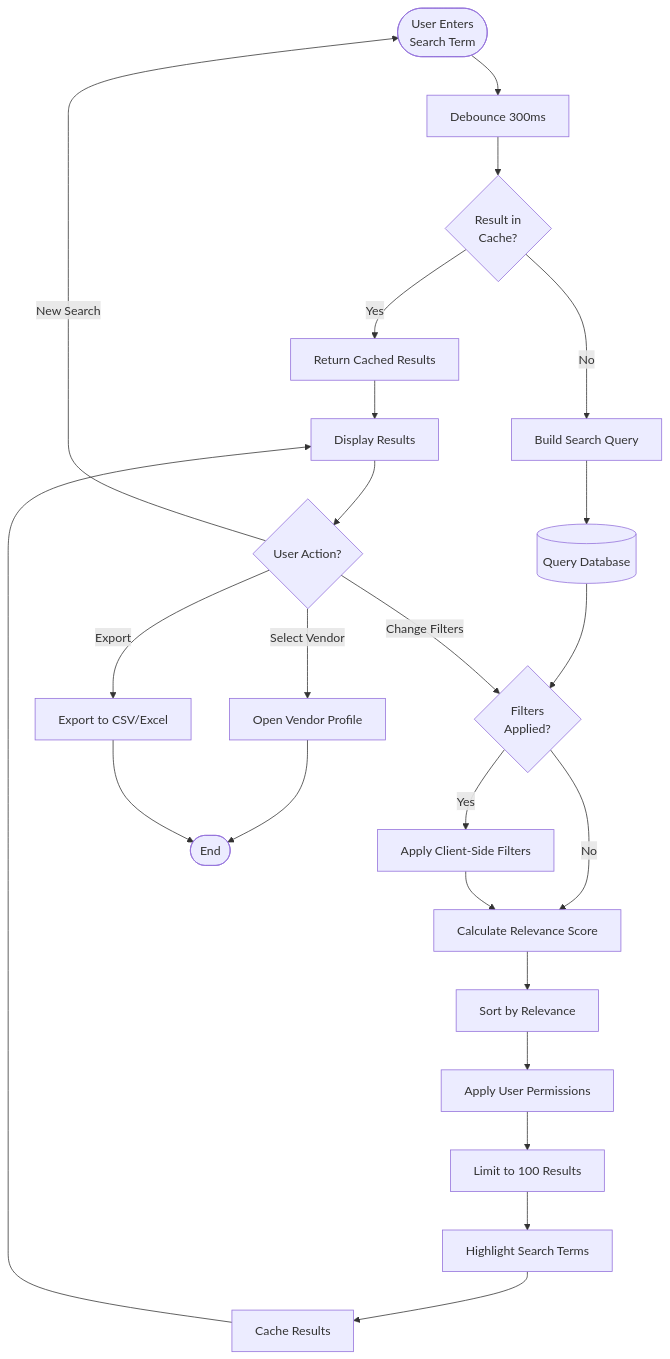
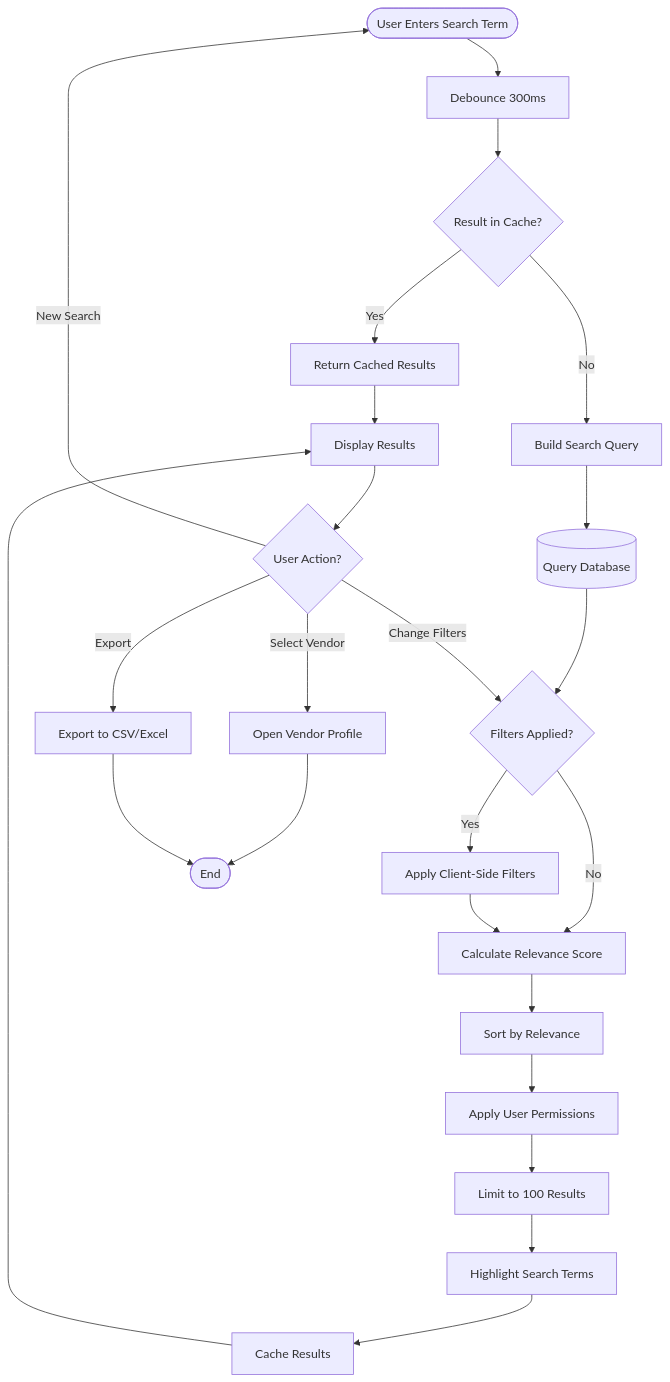
Before and after one commit to CarmenSoftware-organization/carmen: the eighth of 24 diagrams in docs/app/vendor-management/vendor-directory/FD-vendor-directory.md, drawn with Mermaid. The commit also changed other lines of this file and 1788 other files, not shown here.

````diff
--- a/docs/app/vendor-management/vendor-directory/FD-vendor-directory.md
+++ b/docs/app/vendor-management/vendor-directory/FD-vendor-directory.md
@@ -355,33 +365,33 @@
 ```mermaid
 flowchart TD
-    Start([User Enters<br/>Search Term]) --> Debounce[Debounce 300ms]
-    Debounce --> CheckCache{Result in<br/>Cache?}
+    Start([User Enters Search Term]) --> Debounce[Debounce 300ms]
+    Debounce --> CheckCache{Result in Cache?}
 
     CheckCache -->|Yes| ReturnCached[Return Cached Results]
     ReturnCached --> DisplayResults
 
     CheckCache -->|No| BuildQuery[Build Search Query]
     BuildQuery --> SearchDB[(Query Database)]
 
-    SearchDB --> ApplyFilters{Filters<br/>Applied?}
+    SearchDB --> ApplyFilters{Filters Applied?}
     ApplyFilters -->|Yes| FilterResults[Apply Client-Side Filters]
     ApplyFilters -->|No| CalculateRelevance
 
     FilterResults --> CalculateRelevance[Calculate Relevance Score]
     CalculateRelevance --> SortResults[Sort by Relevance]
     SortResults --> ApplyPermissions[Apply User Permissions]
 
     ApplyPermissions --> LimitResults[Limit to 100 Results]
     LimitResults --> HighlightMatches[Highlight Search Terms]
     HighlightMatches --> CacheResults[Cache Results]
     CacheResults --> DisplayResults[Display Results]
 
     DisplayResults --> UserAction{User Action?}
     UserAction -->|Select Vendor| OpenProfile[Open Vendor Profile]
     UserAction -->|Change Filters| ApplyFilters
     UserAction -->|New Search| Start
     UserAction -->|Export| ExportResults[Export to CSV/Excel]
 
     OpenProfile --> End([End])
     ExportResults --> End
 ```
````
